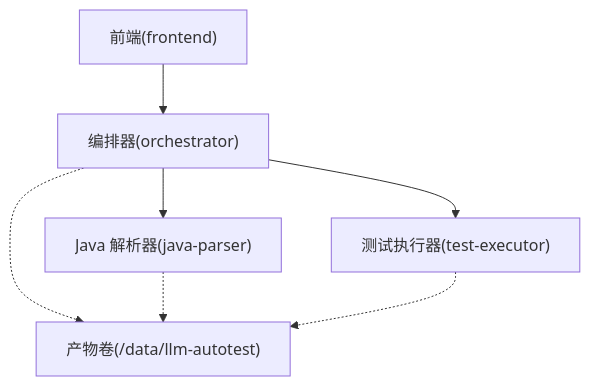
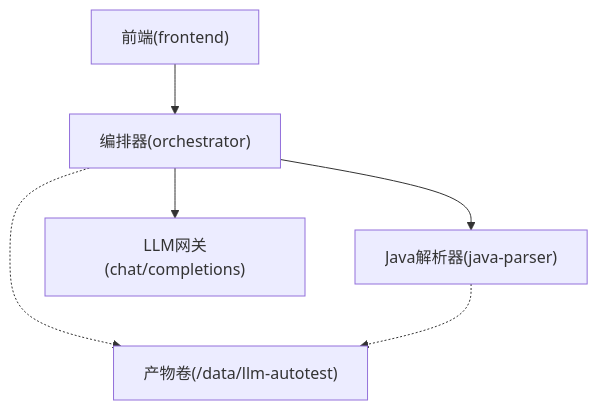
One commit to Joeyzheng001/LLM-AutoTest changed the first of 5 diagrams in .qoder/repowiki/zh/content/故障排查.md. Above: the diagram before and after it, drawn with Mermaid. The commit also changed other lines of this file and 186 other files, not shown here.

````diff
--- a/.qoder/repowiki/zh/content/故障排查.md
+++ b/.qoder/repowiki/zh/content/故障排查.md
@@ -42,9 +40,8 @@
 ```mermaid
 graph TB
-A["前端(frontend)"] --> B["编排器(orchestrator)"]
-B --> C["Java 解析器(java-parser)"]
-B --> D["测试执行器(test-executor)"]
-B -.-> E["产物卷(/data/llm-autotest)"]
-C -.-> E
-D -.-> E
+FE["前端(frontend)"] --> ORCH["编排器(orchestrator)"]
+ORCH --> JP["Java解析器(java-parser)"]
+ORCH --> LLM["LLM网关(chat/completions)"]
+ORCH -.-> ART["产物卷(/data/llm-autotest)"]
+JP -.-> ART
 ```
````
